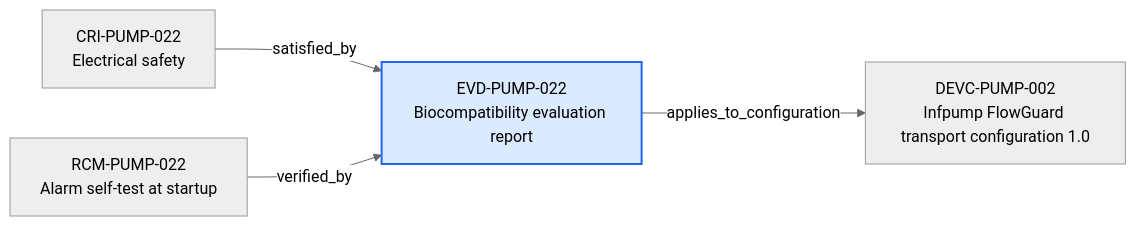
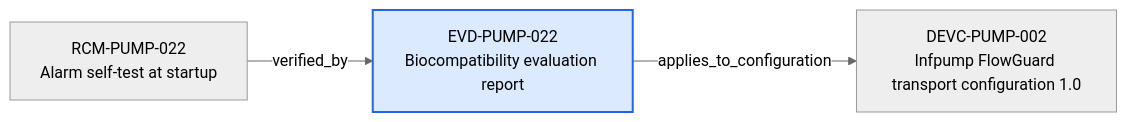
One commit to mvattulainen/mdrontology changed the diagram in content/06-Infpump FlowGuard ontology notes/verification-evidence/EVD-PUMP-022-biocompatibility-evaluation-report.md. Above: the diagram before and after it, drawn with Mermaid (neutral theme). The commit also changed other lines of this file and 321 other files, not shown here.

Commit message:
Implement Mermaid ontology audit findings

````diff
--- a/content/06-Infpump FlowGuard ontology notes/verification-evidence/EVD-PUMP-022-biocompatibility-evaluation-report.md
+++ b/content/06-Infpump FlowGuard ontology notes/verification-evidence/EVD-PUMP-022-biocompatibility-evaluation-report.md
@@ -73,12 +73,10 @@
 ```mermaid
 flowchart LR
   CURRENT["EVD-PUMP-022<br/>Biocompatibility evaluation report"]
-  PREV0["CRI-PUMP-022<br/>Electrical safety"]
-  PREV0 -->|"satisfied_by"| CURRENT
-  PREV1["RCM-PUMP-022<br/>Alarm self-test at startup"]
-  PREV1 -->|"verified_by"| CURRENT
+  PREV0["RCM-PUMP-022<br/>Alarm self-test at startup"]
+  PREV0 -->|"verified_by"| CURRENT
   NEXT0["DEVC-PUMP-002<br/>Infpump FlowGuard transport configuration 1.0"]
   CURRENT -->|"applies_to_configuration"| NEXT0
   classDef current fill:#dbeafe,stroke:#2563eb,stroke-width:2px
   class CURRENT current
 ```
````
